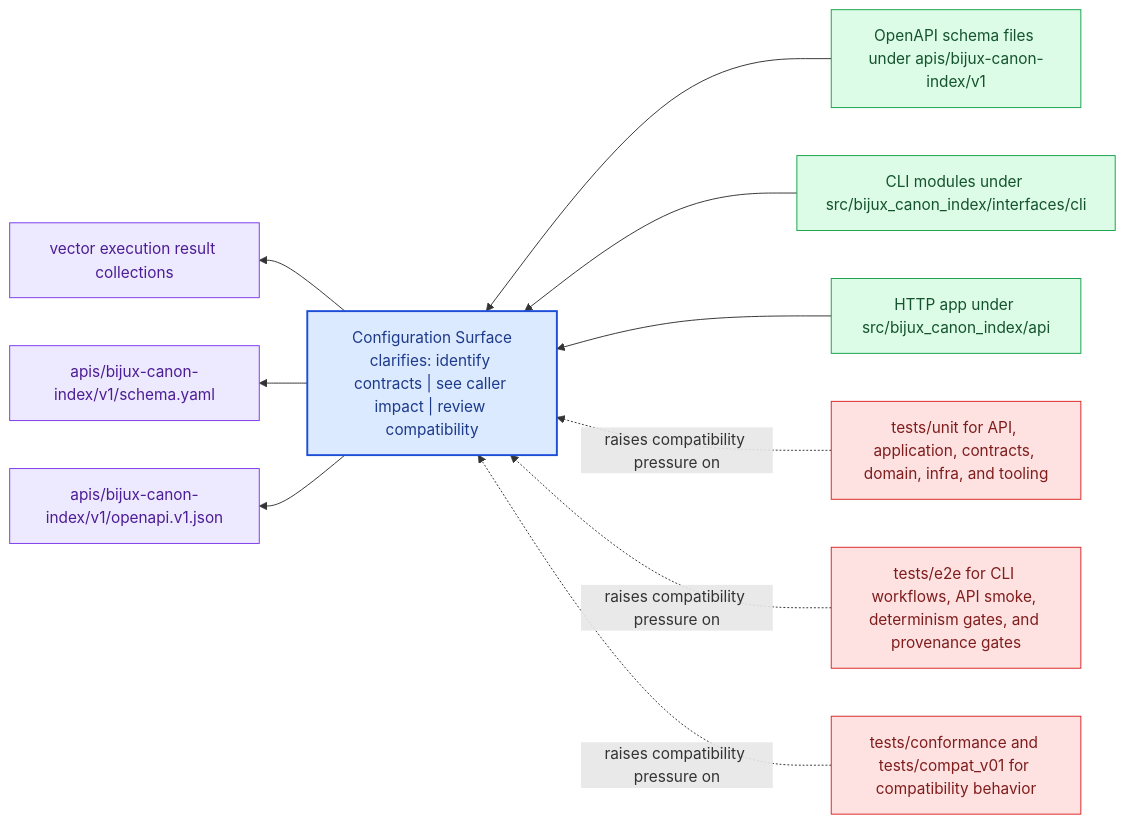
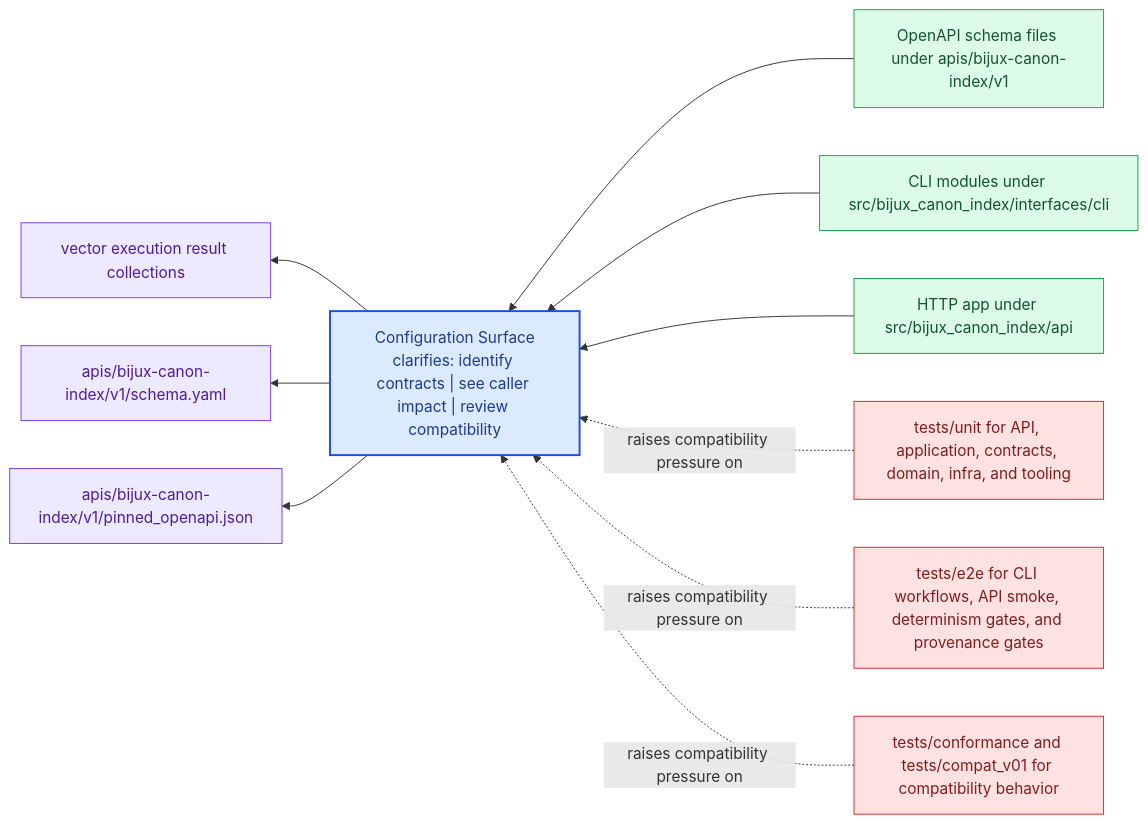
The diagram in docs/bijux-canon-index/interfaces/configuration-surface.md (bijux/bijux-canon), drawn with Mermaid before and after one commit. The commit also changed 23 other files, not shown here.

````diff
--- a/docs/bijux-canon-index/interfaces/configuration-surface.md
+++ b/docs/bijux-canon-index/interfaces/configuration-surface.md
@@ -23,31 +23,31 @@
 ```mermaid
 flowchart RL
     page["Configuration Surface<br/>clarifies: identify contracts | see caller impact | review compatibility"]
     classDef page fill:#dbeafe,stroke:#1d4ed8,color:#1e3a8a,stroke-width:2px;
     classDef positive fill:#dcfce7,stroke:#16a34a,color:#14532d;
     classDef caution fill:#fee2e2,stroke:#dc2626,color:#7f1d1d;
     classDef anchor fill:#ede9fe,stroke:#7c3aed,color:#4c1d95;
     classDef action fill:#fef3c7,stroke:#d97706,color:#7c2d12;
     surface1["OpenAPI schema files under apis/bijux-canon-index/v1"]
     surface1 --> page
     surface2["CLI modules under src/bijux_canon_index/interfaces/cli"]
     surface2 --> page
     surface3["HTTP app under src/bijux_canon_index/api"]
     surface3 --> page
     proof1["vector execution result collections"]
     page --> proof1
     proof2["apis/bijux-canon-index/v1/schema.yaml"]
     page --> proof2
-    proof3["apis/bijux-canon-index/v1/openapi.v1.json"]
+    proof3["apis/bijux-canon-index/v1/pinned_openapi.json"]
     page --> proof3
     review1["tests/unit for API, application, contracts, domain, infra, and tooling"]
     review1 -.raises compatibility pressure on.-> page
     review2["tests/e2e for CLI workflows, API smoke, determinism gates, and provenance gates"]
     review2 -.raises compatibility pressure on.-> page
     review3["tests/conformance and tests/compat_v01 for compatibility behavior"]
     review3 -.raises compatibility pressure on.-> page
     class page page;
     class surface1,surface2,surface3 positive;
     class proof1,proof2,proof3 anchor;
     class review1,review2,review3 caution;
 ```
````
